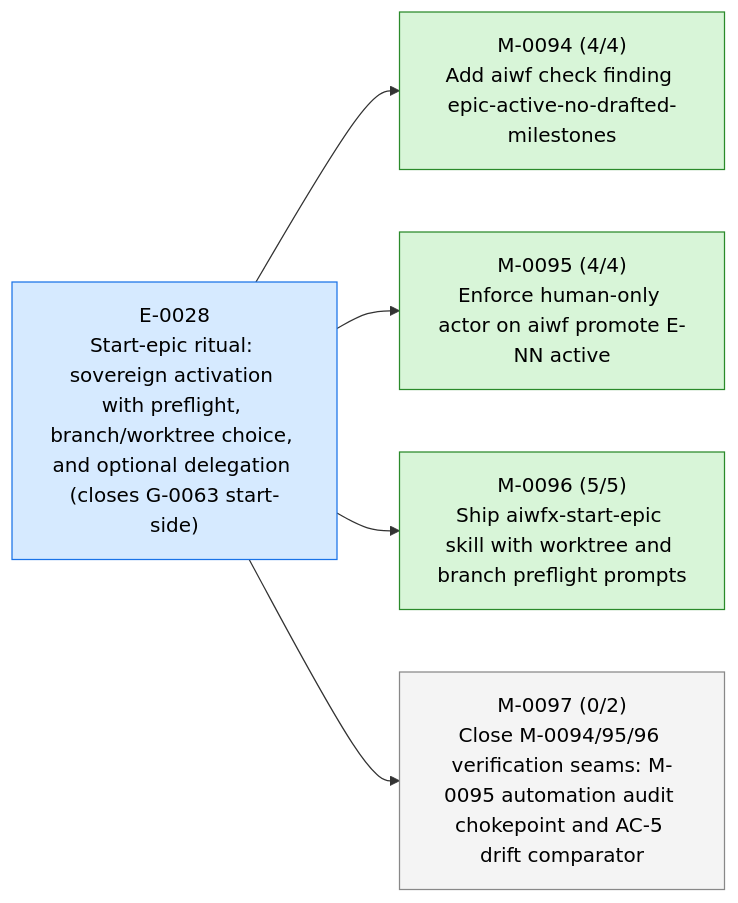
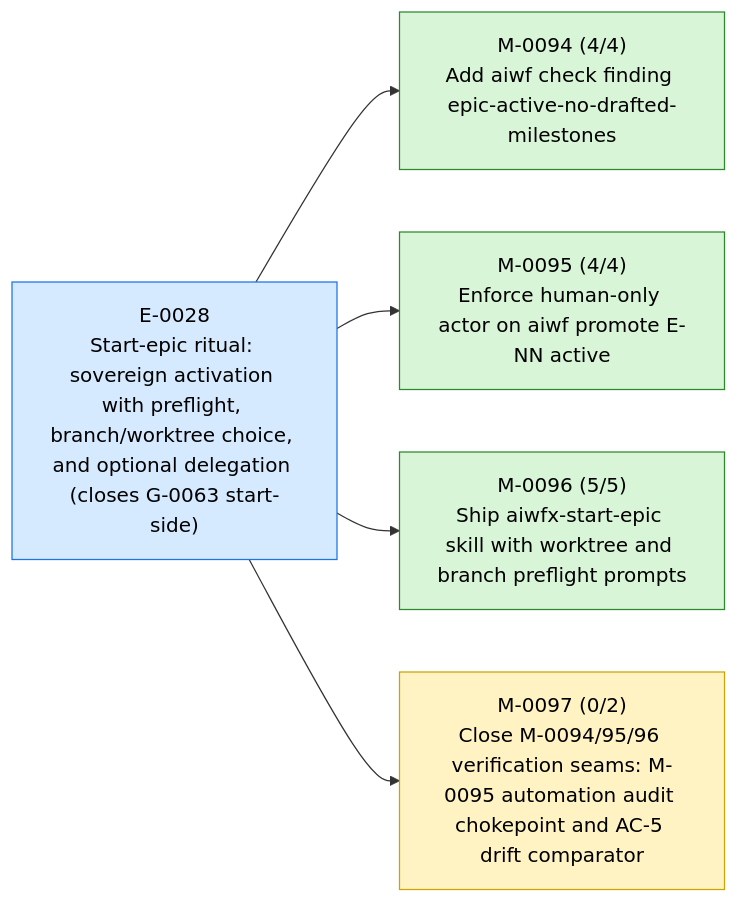
Before and after one commit to 23min/aiwf: the first of 3 diagrams in STATUS.md, drawn with Mermaid. The commit also changed other lines of this file and 1 other file, not shown here.

First line of the commit message:
aiwf promote M-0097 draft -> in_progress

````diff
--- a/STATUS.md
+++ b/STATUS.md
@@ -16,18 +16,18 @@
 ```mermaid
 flowchart LR
   E_0028["E-0028<br/>Start-epic ritual: sovereign activation with preflight, branch/worktree choice, and optional delegation (closes G-0063 start-side)"]:::epic_active
   M_0094["M-0094 (4/4)<br/>Add aiwf check finding epic-active-no-drafted-milestones"]:::ms_done
   E_0028 --> M_0094
   M_0095["M-0095 (4/4)<br/>Enforce human-only actor on aiwf promote E-NN active"]:::ms_done
   E_0028 --> M_0095
   M_0096["M-0096 (5/5)<br/>Ship aiwfx-start-epic skill with worktree and branch preflight prompts"]:::ms_done
   E_0028 --> M_0096
-  M_0097["M-0097 (0/2)<br/>Close M-0094/95/96 verification seams: M-0095 automation audit chokepoint and AC-5 drift comparator"]:::ms_draft
+  M_0097["M-0097 (0/2)<br/>Close M-0094/95/96 verification seams: M-0095 automation audit chokepoint and AC-5 drift comparator"]:::ms_in_progress
   E_0028 --> M_0097
   classDef epic_active fill:#d6eaff,stroke:#1a73e8,color:#000
   classDef epic_proposed fill:#f4f4f4,stroke:#888,color:#000
   classDef ms_done fill:#d8f5d8,stroke:#2a8a2a,color:#000
   classDef ms_in_progress fill:#fff3c4,stroke:#caa400,color:#000
   classDef ms_draft fill:#f4f4f4,stroke:#888,color:#000
   classDef ms_cancelled fill:#fbeaea,stroke:#c33,color:#000
 ```
````
